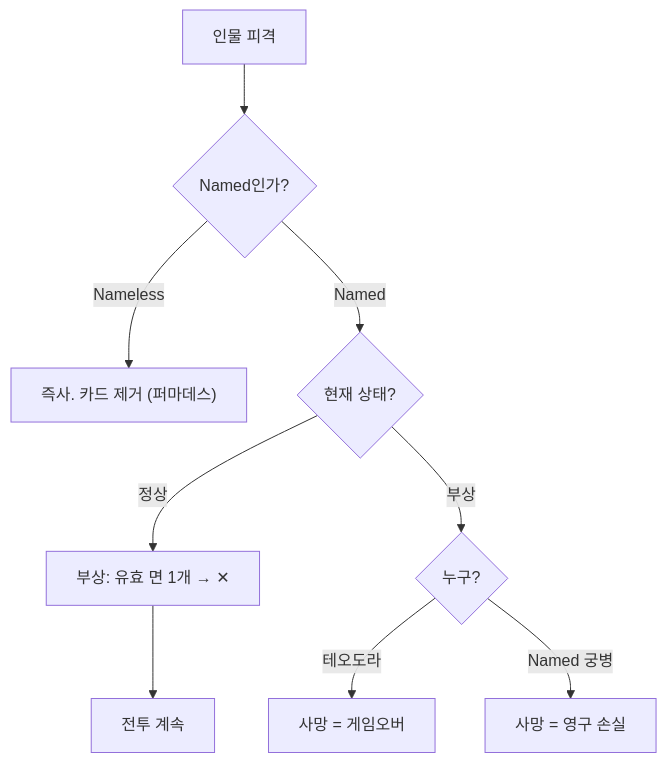
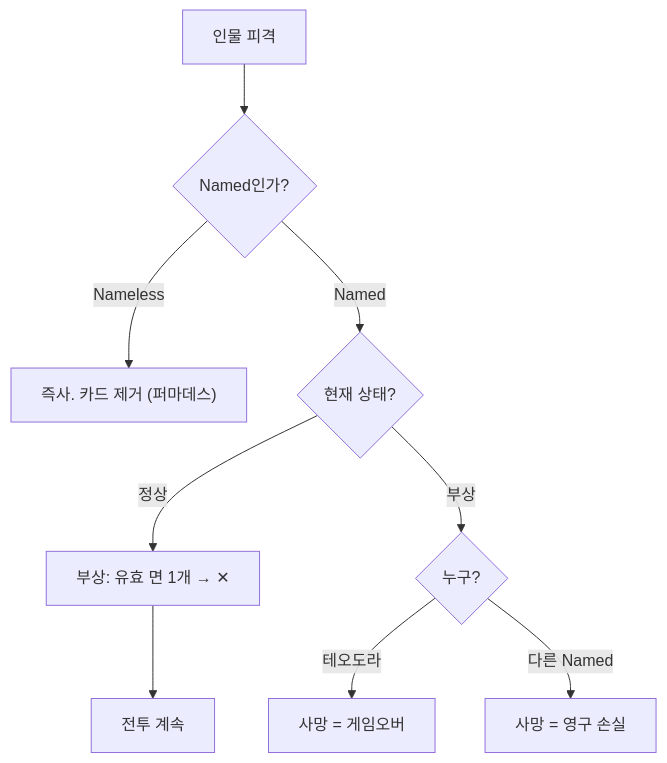
The first of 2 diagrams in 02_전투/판정/부상사망.md (roam1215-beep/Chronicle-wiki), drawn with Mermaid before and after one commit. The commit also changed other lines of this file and 18 other files, not shown here.

````diff
--- a/02_전투/판정/부상사망.md
+++ b/02_전투/판정/부상사망.md
@@ -63,11 +65,11 @@
 ```mermaid
 flowchart TD
     A["인물 피격"] --> B{Named인가?}
     B -->|Nameless| C["즉사. 카드 제거 (퍼마데스)"]
     B -->|Named| D{현재 상태?}
     D -->|정상| E["부상: 유효 면 1개 → ✕"]
     D -->|부상| F{누구?}
     F -->|테오도라| G["사망 = 게임오버"]
-    F -->|Named 궁병| H["사망 = 영구 손실"]
+    F -->|다른 Named| H["사망 = 영구 손실"]
     E --> I["전투 계속"]
 ```
````
